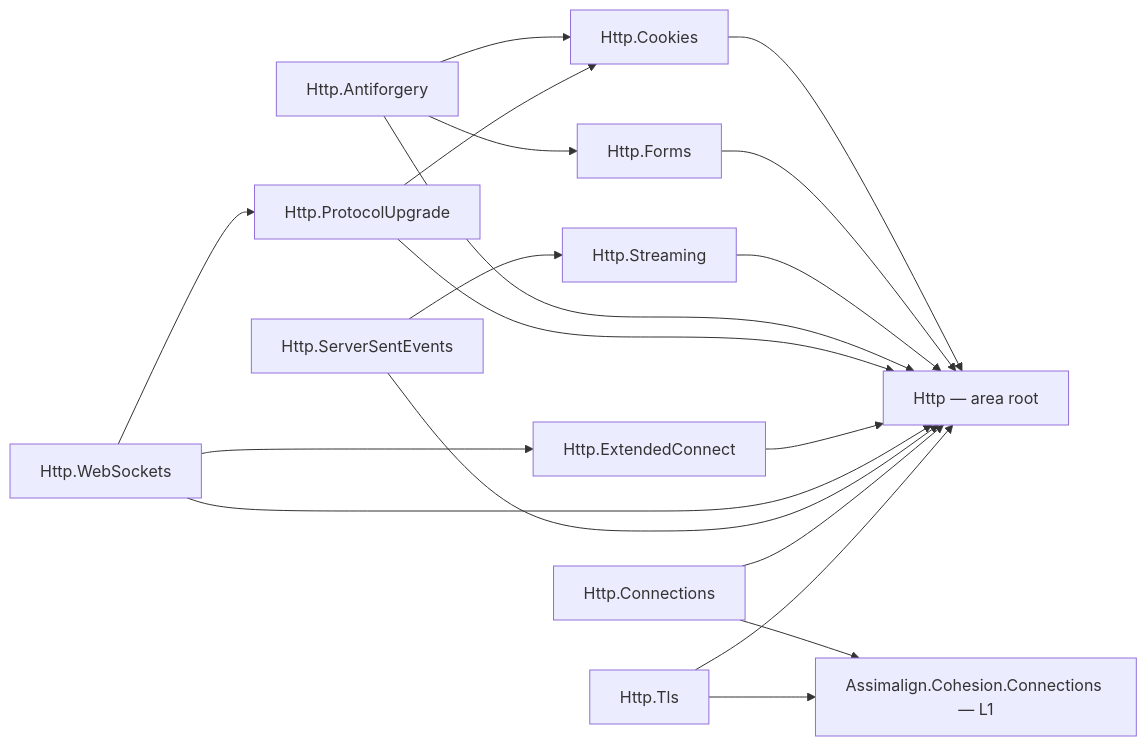
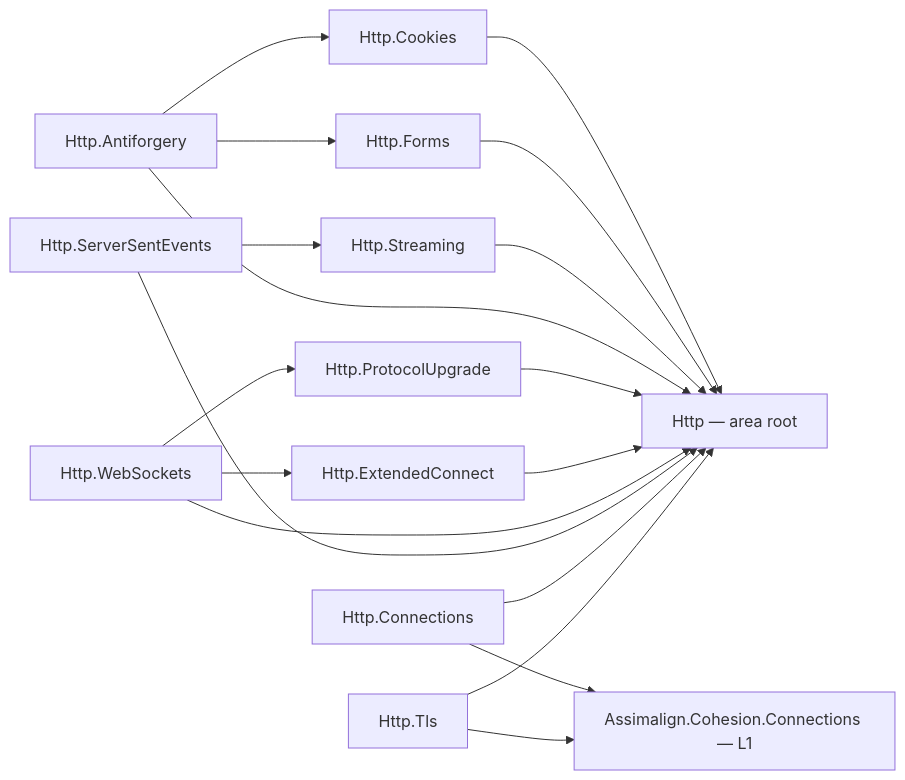
Before and after one commit to assimalign/cohesion: the diagram in libraries/Http/README.md, drawn with Mermaid. The commit also changed 31 other files, not shown here.

````diff
--- a/libraries/Http/README.md
+++ b/libraries/Http/README.md
@@ -14,33 +14,32 @@
 ```mermaid
 flowchart LR
     Root["Http — area root"]
     Conn["Assimalign.Cohesion.Connections — L1"]
     Cookies["Http.Cookies"]
     Forms["Http.Forms"]
     Antiforgery["Http.Antiforgery"]
     Upgrade["Http.ProtocolUpgrade"]
     Ext["Http.ExtendedConnect"]
     WebSockets["Http.WebSockets"]
     Streaming["Http.Streaming"]
     Sse["Http.ServerSentEvents"]
     HttpConn["Http.Connections"]
     Tls["Http.Tls"]
     Cookies --> Root
     Forms --> Root
     Streaming --> Root
     Antiforgery --> Root
     Antiforgery --> Cookies
     Antiforgery --> Forms
     Upgrade --> Root
-    Upgrade --> Cookies
     Ext --> Root
     WebSockets --> Root
     WebSockets --> Upgrade
     WebSockets --> Ext
     Sse --> Root
     Sse --> Streaming
     HttpConn --> Root
     HttpConn --> Conn
     Tls --> Root
     Tls --> Conn
 ```
````
